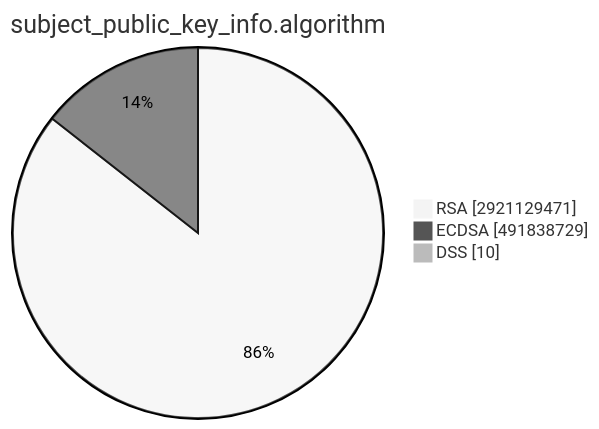
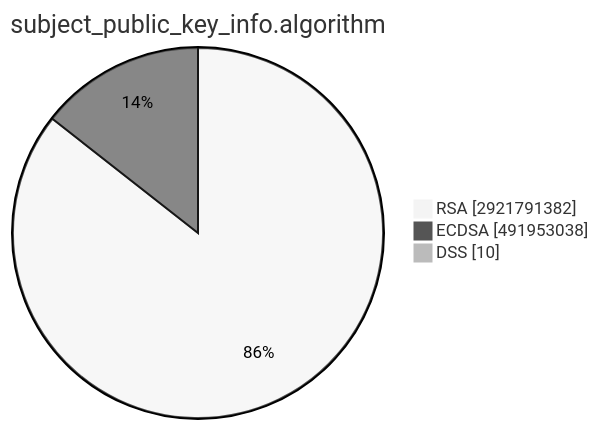
The second of 15 diagrams in TOTAL/README.md (christiankrug/ctmonitor_visualization), drawn with Mermaid (neutral theme) before and after one commit. The commit also changed other lines of this file, not shown here.

````diff
--- a/TOTAL/README.md
+++ b/TOTAL/README.md
@@ -6,7 +6,7 @@
 ```mermaid
 pie showData
 title subject_public_key_info.algorithm
-"RSA" :2921129471
-"ECDSA" :491838729
+"RSA" :2921791382
+"ECDSA" :491953038
 "DSS" :10
 ```
````
